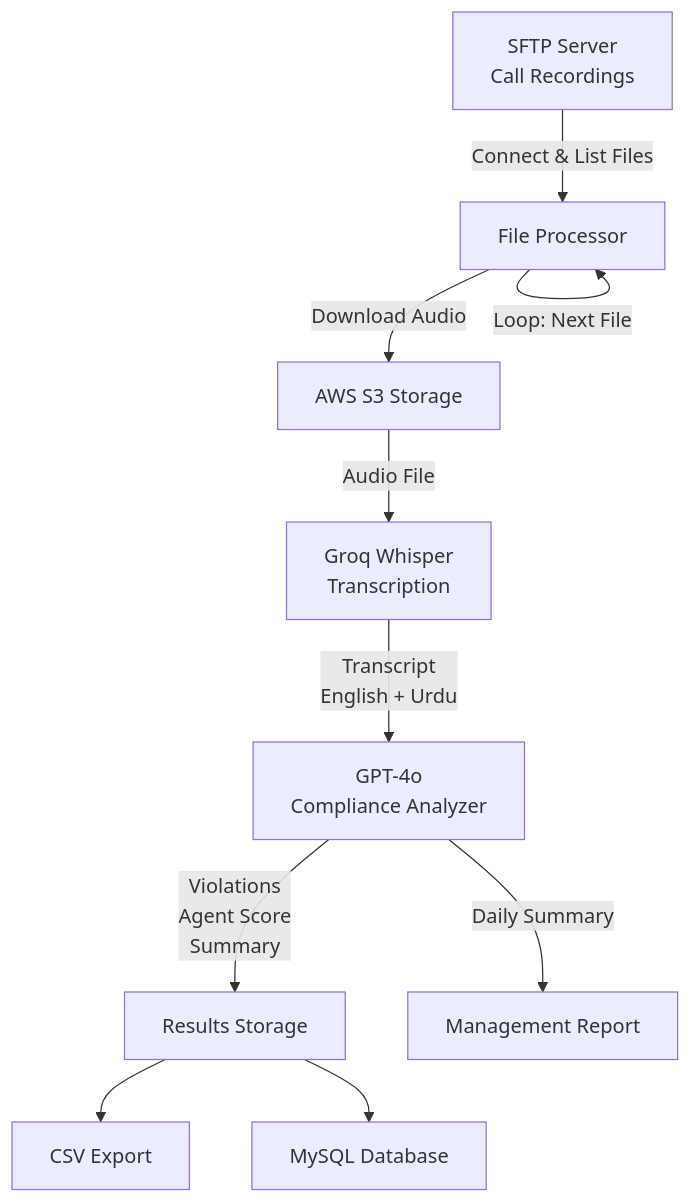
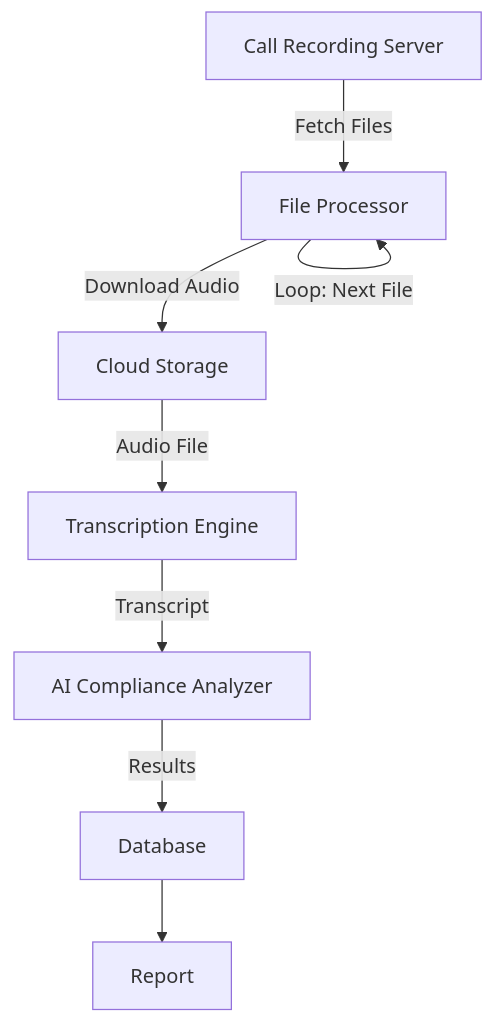
One commit to adnanabdullah0405/ai-call-agents-auditing-pipeline-8k-recordings-daily changed the diagram in README.md. Above: the diagram before and after it, drawn with Mermaid. The commit also changed other lines of this file, not shown here.

````diff
--- a/README.md
+++ b/README.md
@@ -72,12 +72,10 @@
 ```mermaid
 graph TD
-    A[SFTP Server\nCall Recordings] -->|Connect & List Files| B[File Processor]
-    B -->|Download Audio| C[AWS S3 Storage]
-    C -->|Audio File| D[Groq Whisper\nTranscription]
-    D -->|Transcript\nEnglish + Urdu| E[GPT-4o\nCompliance Analyzer]
-    E -->|Violations\nAgent Score\nSummary| F[Results Storage]
-    F --> G[CSV Export]
-    F --> H[MySQL Database]
+    A[Call Recording Server] -->|Fetch Files| B[File Processor]
+    B -->|Download Audio| C[Cloud Storage]
+    C -->|Audio File| D[Transcription Engine]
+    D -->|Transcript| E[AI Compliance Analyzer]
+    E -->|Results| F[Database]
+    F --> G[Report]
     B -->|Loop: Next File| B
-    E -->|Daily Summary| I[Management Report]
 ```
````
